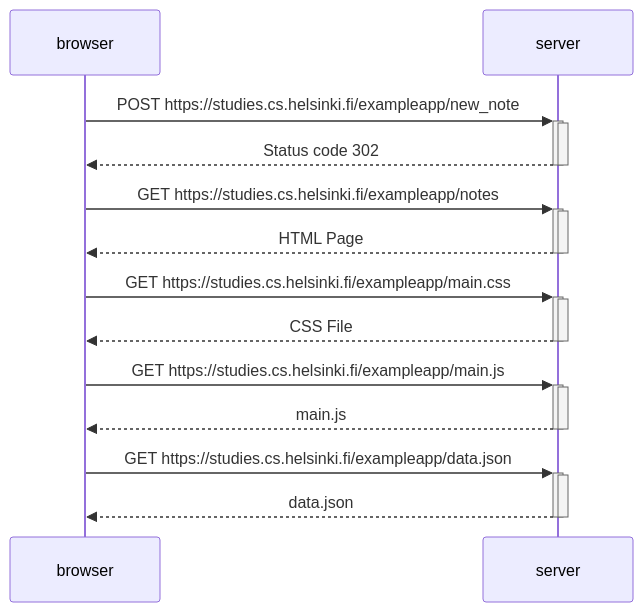
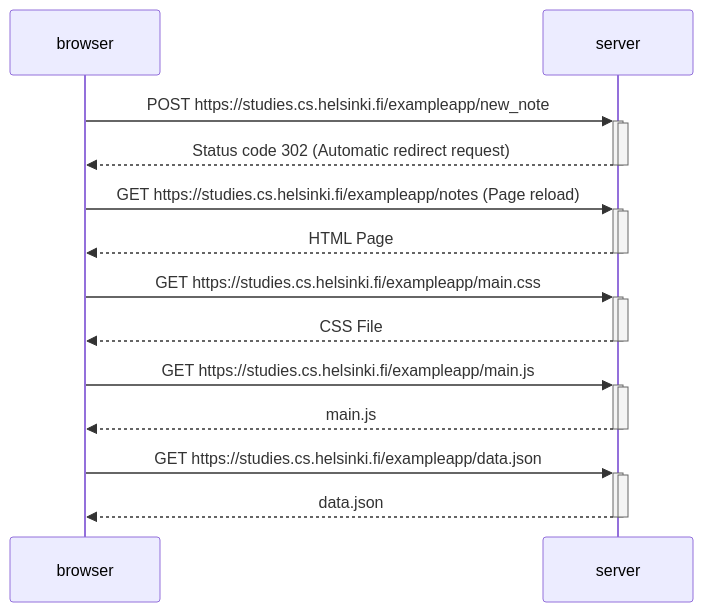
Before and after one commit to soikarin/fullstackopen: the diagram in osa0/0.4.md, drawn with Mermaid. The commit also changed 1 other file, not shown here.

Commit message:
0.6 ready

````diff
--- a/osa0/0.4.md
+++ b/osa0/0.4.md
@@ -1,30 +1,30 @@
 ```mermaid
 sequenceDiagram
 	participant browser
 	participant server
 
 	browser->>+server: POST https://studies.cs.helsinki.fi/exampleapp/new_note
 	activate server
-	server-->>-browser: Status code 302
+	server-->>-browser: Status code 302 (Automatic redirect request)
 	deactivate server
 	
-	browser->>+server: GET https://studies.cs.helsinki.fi/exampleapp/notes
+	browser->>+server: GET https://studies.cs.helsinki.fi/exampleapp/notes (Page reload)
 	activate server
 	server-->>-browser: HTML Page
 	deactivate server
 
 	browser->>+server: GET https://studies.cs.helsinki.fi/exampleapp/main.css
 	activate server
 	server-->>-browser: CSS File
 	deactivate server
 
 	browser->>+server: GET https://studies.cs.helsinki.fi/exampleapp/main.js
 	activate server
 	server-->>-browser: main.js
 	deactivate server
 
 	browser->>+server: GET https://studies.cs.helsinki.fi/exampleapp/data.json
 	activate server
 	server-->>-browser: data.json
 	deactivate server
 ```
````
